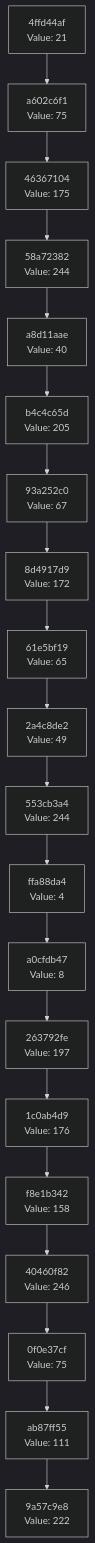
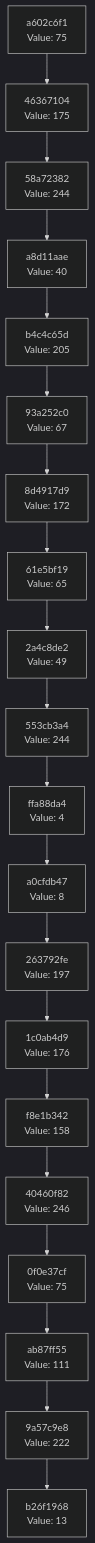
The diagram in docs/CHAIN_VISUALIZATION.md (Abhisheksinha1506/hash-chain-evolver), drawn with Mermaid (dark theme) before and after one commit. The commit also changed 2 other files, not shown here.

Commit message:
Evolution step: hash 0x0D → action executed

````diff
--- a/docs/CHAIN_VISUALIZATION.md
+++ b/docs/CHAIN_VISUALIZATION.md
@@ -3,42 +3,42 @@
 ```mermaid
 graph TD
-    C0["9a57c9e8<br/>Value: 222"]
-    C1["ab87ff55<br/>Value: 111"]
+    C0["b26f1968<br/>Value: 13"]
+    C1["9a57c9e8<br/>Value: 222"]
     C1 --> C0
-    C2["0f0e37cf<br/>Value: 75"]
+    C2["ab87ff55<br/>Value: 111"]
     C2 --> C1
-    C3["40460f82<br/>Value: 246"]
+    C3["0f0e37cf<br/>Value: 75"]
     C3 --> C2
-    C4["f8e1b342<br/>Value: 158"]
+    C4["40460f82<br/>Value: 246"]
     C4 --> C3
-    C5["1c0ab4d9<br/>Value: 176"]
+    C5["f8e1b342<br/>Value: 158"]
     C5 --> C4
-    C6["263792fe<br/>Value: 197"]
+    C6["1c0ab4d9<br/>Value: 176"]
     C6 --> C5
-    C7["a0cfdb47<br/>Value: 8"]
+    C7["263792fe<br/>Value: 197"]
     C7 --> C6
-    C8["ffa88da4<br/>Value: 4"]
+    C8["a0cfdb47<br/>Value: 8"]
     C8 --> C7
-    C9["553cb3a4<br/>Value: 244"]
+    C9["ffa88da4<br/>Value: 4"]
     C9 --> C8
-    C10["2a4c8de2<br/>Value: 49"]
+    C10["553cb3a4<br/>Value: 244"]
     C10 --> C9
-    C11["61e5bf19<br/>Value: 65"]
+    C11["2a4c8de2<br/>Value: 49"]
     C11 --> C10
-    C12["8d4917d9<br/>Value: 172"]
+    C12["61e5bf19<br/>Value: 65"]
     C12 --> C11
-    C13["93a252c0<br/>Value: 67"]
+    C13["8d4917d9<br/>Value: 172"]
     C13 --> C12
-    C14["b4c4c65d<br/>Value: 205"]
+    C14["93a252c0<br/>Value: 67"]
     C14 --> C13
-    C15["a8d11aae<br/>Value: 40"]
+    C15["b4c4c65d<br/>Value: 205"]
     C15 --> C14
-    C16["58a72382<br/>Value: 244"]
+    C16["a8d11aae<br/>Value: 40"]
     C16 --> C15
-    C17["46367104<br/>Value: 175"]
+    C17["58a72382<br/>Value: 244"]
     C17 --> C16
-    C18["a602c6f1<br/>Value: 75"]
+    C18["46367104<br/>Value: 175"]
     C18 --> C17
-    C19["4ffd44af<br/>Value: 21"]
+    C19["a602c6f1<br/>Value: 75"]
     C19 --> C18
 ```
````
